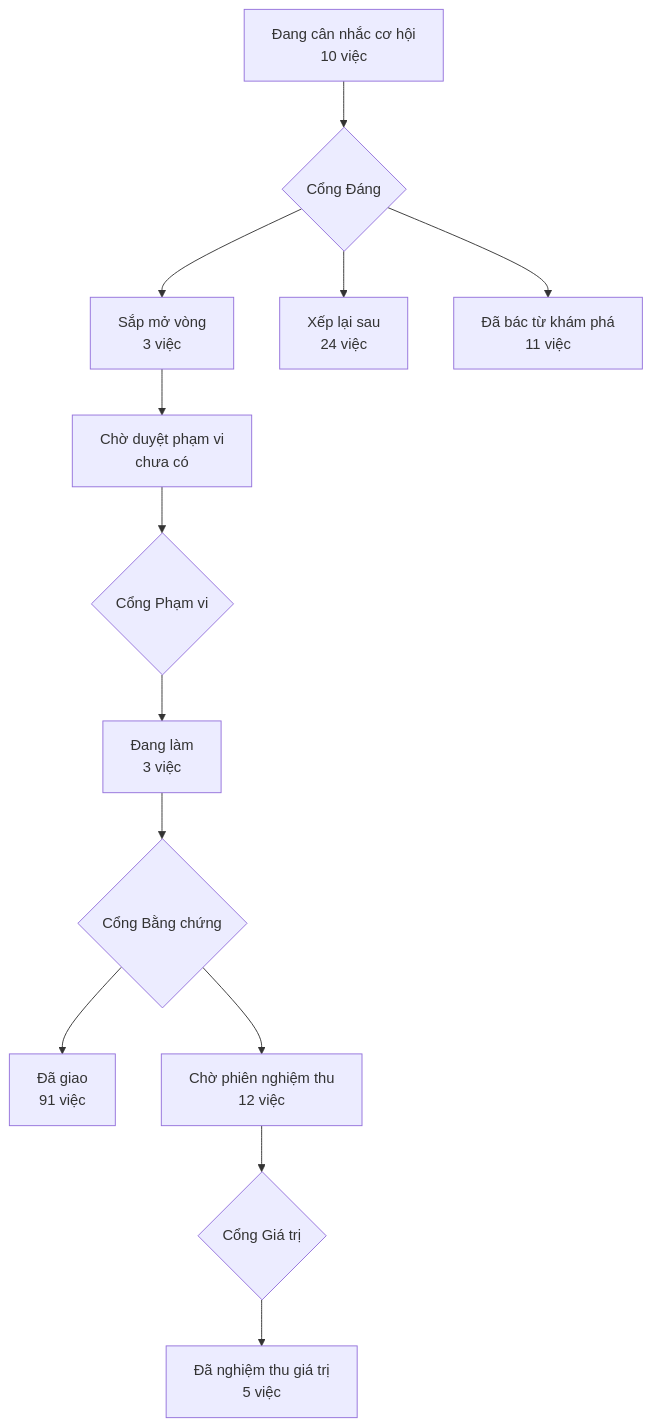
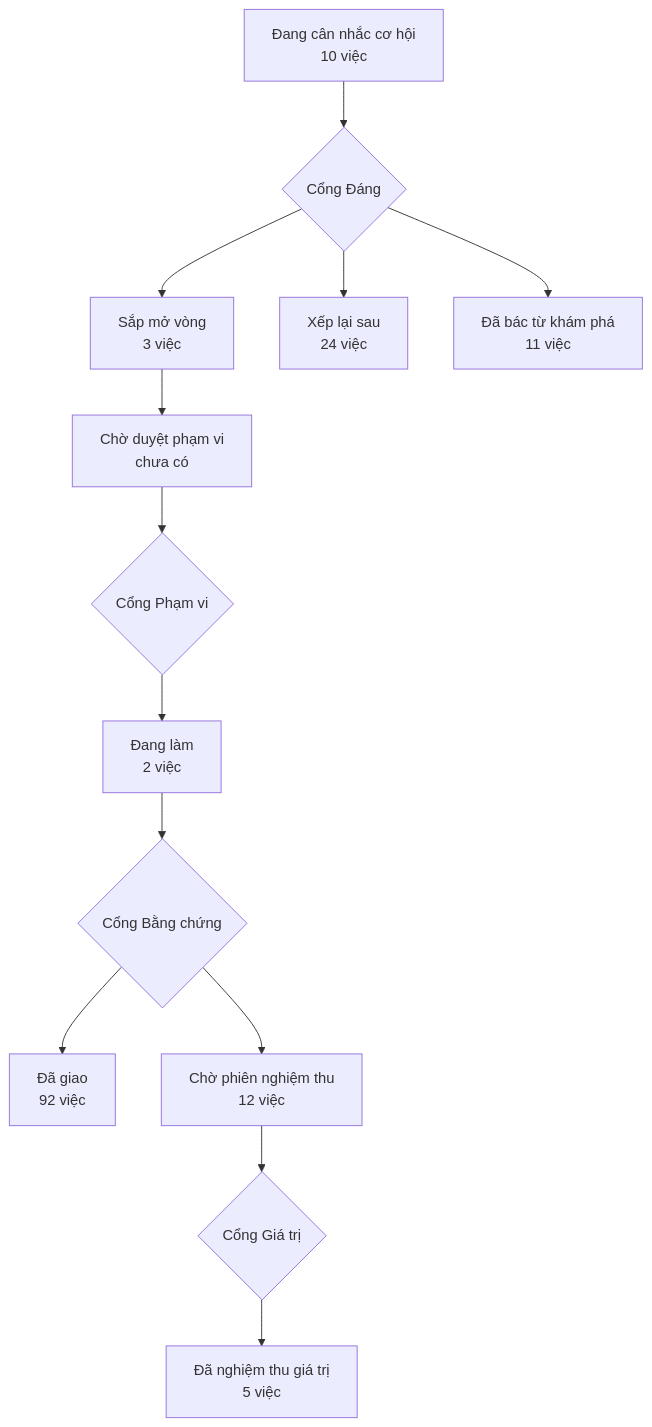
Before and after one commit to phanlemanh/acceptance-gate-kit: the diagram in PRODUCT-MAP.md, drawn with Mermaid. The commit also changed 5 other files, not shown here.

````diff
--- a/PRODUCT-MAP.md
+++ b/PRODUCT-MAP.md
@@ -6,12 +6,12 @@
 ```mermaid
 flowchart TD
   A["Đang cân nhắc cơ hội<br/>10 việc"] --> GD{"Cổng Đáng"}
   GD --> B["Sắp mở vòng<br/>3 việc"]
   GD --> XL["Xếp lại sau<br/>24 việc"]
   GD --> DB["Đã bác từ khám phá<br/>11 việc"]
   B --> CD["Chờ duyệt phạm vi<br/>chưa có"] --> GP{"Cổng Phạm vi"}
-  GP --> DL["Đang làm<br/>3 việc"] --> GB{"Cổng Bằng chứng"}
-  GB --> DG["Đã giao<br/>91 việc"]
+  GP --> DL["Đang làm<br/>2 việc"] --> GB{"Cổng Bằng chứng"}
+  GB --> DG["Đã giao<br/>92 việc"]
   GB --> CN["Chờ phiên nghiệm thu<br/>12 việc"] --> GG{"Cổng Giá trị"}
   GG --> NT["Đã nghiệm thu giá trị<br/>5 việc"]
 ```
````
